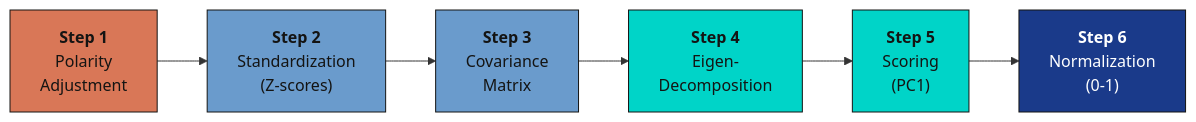
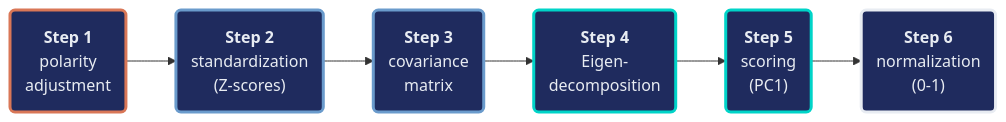
The diagram in content/post/python_pca/index.md (cmg777/starter-academic-v501), drawn with Mermaid before and after one commit. The commit also changed 9 other files, not shown here.

First line of the commit message:
content(mermaid): restyle flowcharts in Python posts, batch 2 of 2

````diff
--- a/content/post/python_pca/index.md
+++ b/content/post/python_pca/index.md
@@ -239,15 +239,16 @@
 ```mermaid
 graph LR
-    A["<b>Step 1</b><br/>Polarity<br/>Adjustment"] --> B["<b>Step 2</b><br/>Standardization<br/>(Z-scores)"]
-    B --> C["<b>Step 3</b><br/>Covariance<br/>Matrix"]
-    C --> D["<b>Step 4</b><br/>Eigen-<br/>Decomposition"]
-    D --> E["<b>Step 5</b><br/>Scoring<br/>(PC1)"]
-    E --> F["<b>Step 6</b><br/>Normalization<br/>(0-1)"]
-
-    style A fill:#d97757,stroke:#141413,color:#141413
-    style B fill:#6a9bcc,stroke:#141413,color:#141413
-    style C fill:#6a9bcc,stroke:#141413,color:#141413
-    style D fill:#00d4c8,stroke:#141413,color:#141413
-    style E fill:#00d4c8,stroke:#141413,color:#141413
-    style F fill:#1a3a8a,stroke:#141413,color:#fff
+    A("<b>Step 1</b><br/>polarity<br/>adjustment") --> B("<b>Step 2</b><br/>standardization<br/>(Z-scores)")
+    B --> C("<b>Step 3</b><br/>covariance<br/>matrix")
+    C --> D("<b>Step 4</b><br/>Eigen-<br/>decomposition")
+    D --> E("<b>Step 5</b><br/>scoring<br/>(PC1)")
+    E --> F("<b>Step 6</b><br/>normalization<br/>(0-1)")
+    classDef orange fill:#1f2b5e,stroke:#d97757,stroke-width:3px,color:#e8ecf2
+    classDef blue fill:#1f2b5e,stroke:#6a9bcc,stroke-width:3px,color:#e8ecf2
+    classDef teal fill:#1f2b5e,stroke:#00d4c8,stroke-width:3px,color:#e8ecf2
+    classDef key fill:#1f2b5e,stroke:#e8ecf2,stroke-width:3px,color:#e8ecf2
+    class A orange
+    class B,C blue
+    class D,E teal
+    class F key
 ```
````
